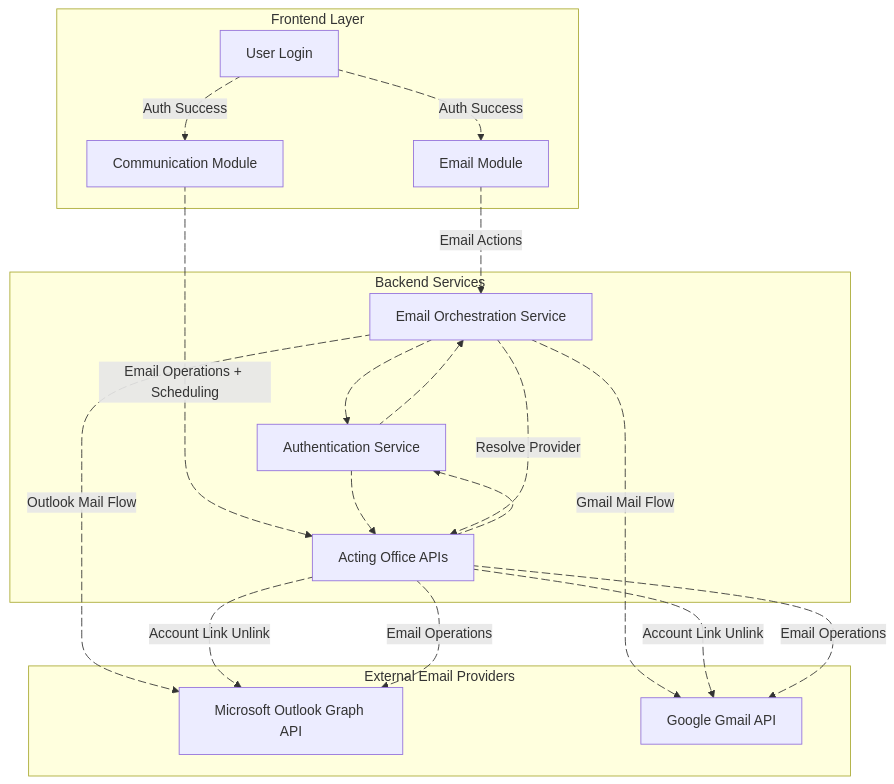
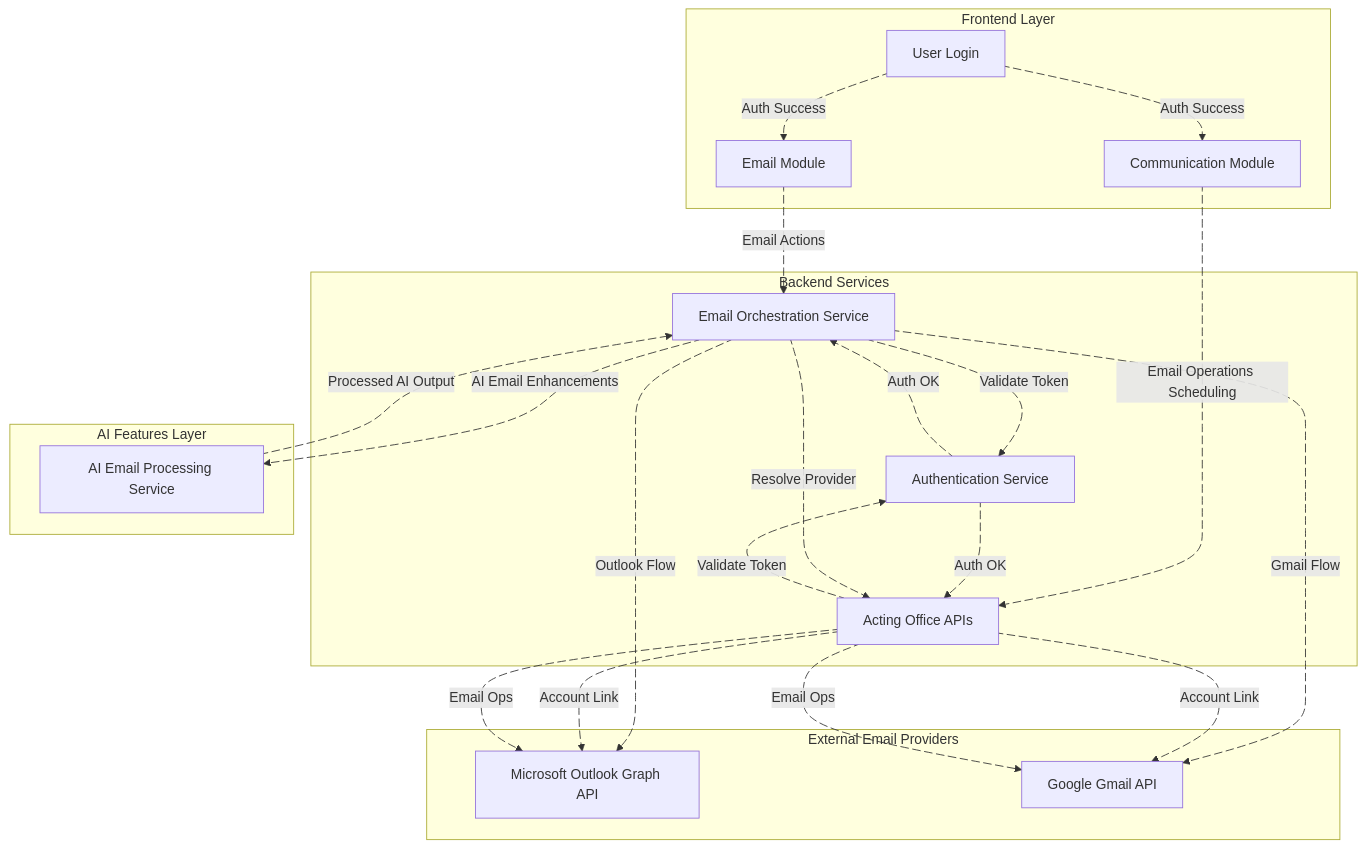
Before and after one commit to Harshita-capsitech/EmailDocs: the first of 12 diagrams in overAll.md, drawn with Mermaid. The commit also changed other lines of this file, not shown here.

Commit message:
Revise overall documentation with AI features
Updated the overall documentation to include AI features and enhance module descriptions.

````diff
--- a/overAll.md
+++ b/overAll.md
@@ -54,68 +56,80 @@
 ```mermaid
 graph TB
 
     %% ───────── Frontend ─────────
     subgraph "Frontend Layer"
         A[User Login]
         B[Email Module]
         C[Communication Module]
     end
 
     %% ───────── Backend ─────────
     subgraph "Backend Services"
         D[Acting Office APIs]
         E[Email Orchestration Service]
         AS[Authentication Service]
     end
 
+    %% ───────── AI Layer (Emails Only) ─────────
+    subgraph "AI Features Layer"
+        AI[AI Email Processing Service]
+    end
+
     %% ───────── External Providers ─────────
     subgraph "External Email Providers"
         F[Microsoft Outlook Graph API]
         G[Google Gmail API]
     end
 
     %% Frontend auth success
     A edge1@-->|Auth Success| B
     A edge2@-->|Auth Success| C
 
     %% Module interactions
     B edge3@-->|Email Actions| E
-    C edge4@-->|Email Operations + Scheduling| D
+    C edge4@-->|Email Operations Scheduling| D
 
-    %% 🔐 Authentication (consistent pattern)
-    E edge5@--> AS
-    AS edge6@--> E
+    %% Authentication
+    E edge5@-->|Validate Token| AS
+    AS edge6@-->|Auth OK| E
 
-    D edge7@--> AS
-    AS edge8@--> D
+    D edge7@-->|Validate Token| AS
+    AS edge8@-->|Auth OK| D
+
+    %% AI features flow (single clean path)
+    E edge16@-->|AI Email Enhancements| AI
+    AI edge17@-->|Processed AI Output| E
 
     %% Provider resolution
     E edge9@-->|Resolve Provider| D
-    E edge10@-->|Outlook Mail Flow| F
-    E edge11@-->|Gmail Mail Flow| G
+    E edge10@-->|Outlook Flow| F
+    E edge11@-->|Gmail Flow| G
 
     %% API operations
-    D edge12@-->|Account Link Unlink| F
-    D edge13@-->|Account Link Unlink| G
-    D edge14@-->|Email Operations| F
-    D edge15@-->|Email Operations| G
+    D edge12@-->|Account Link| F
+    D edge13@-->|Account Link| G
+    D edge14@-->|Email Ops| F
+    D edge15@-->|Email Ops| G
 
     %% Animations
     edge1@{ animate: fast }
-    edge2@{ animate: fast }            
+    edge2@{ animate: fast }
     edge3@{ animate: fast }
     edge4@{ animate: fast }
     edge5@{ animate: fast }
     edge6@{ animate: fast }
     edge7@{ animate: fast }
     edge8@{ animate: fast }
     edge9@{ animate: fast }
     edge10@{ animate: fast }
     edge11@{ animate: fast }
     edge12@{ animate: fast }
     edge13@{ animate: fast }
     edge14@{ animate: fast }
     edge15@{ animate: fast }
+    edge16@{ animate: fast }
+    edge17@{ animate: fast }
+
 
 
 ```
````
